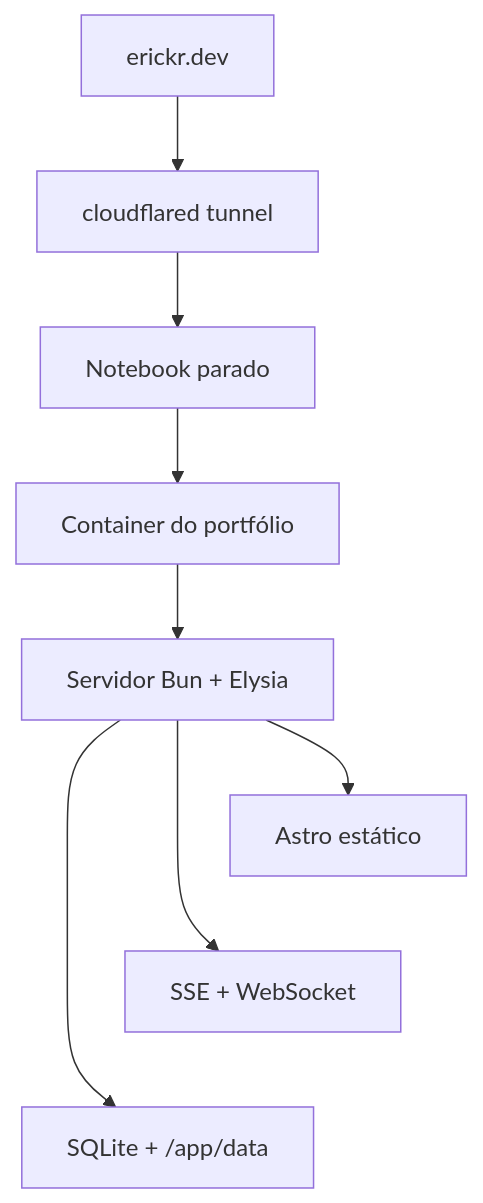
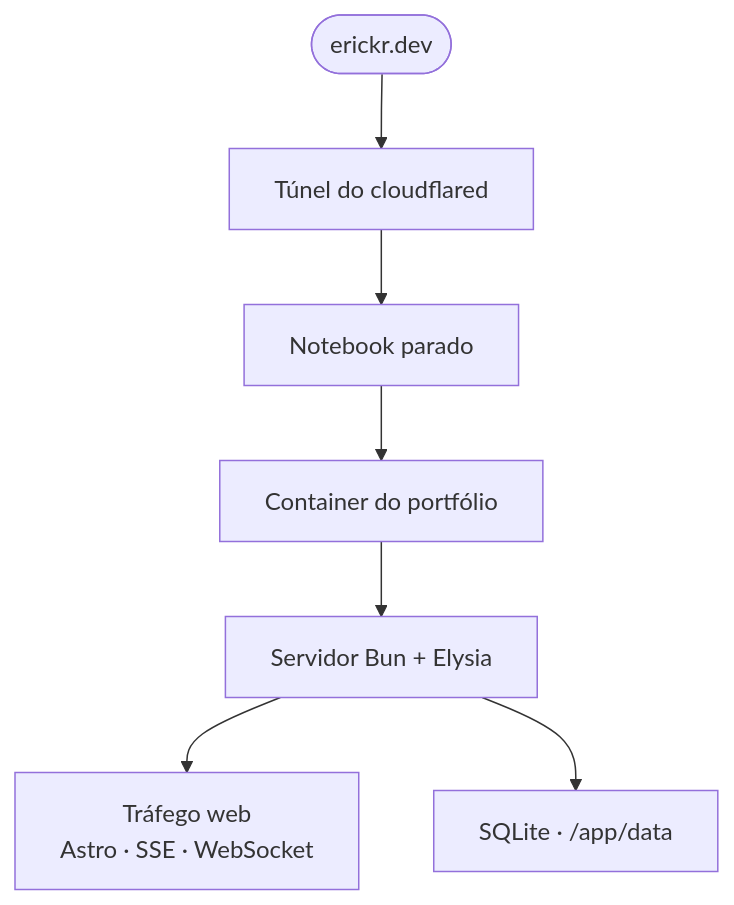
Before and after one commit to ErickCReis/ErickCReis: the first of 2 diagrams in web/content/blog/rewriting-my-portfolio-for-self-hosting.pt-BR.mdx, drawn with Mermaid. The commit also changed other lines of this file and 23 other files, not shown here.

Commit message:
Polish Mermaid diagrams across blog posts

````diff
--- a/web/content/blog/rewriting-my-portfolio-for-self-hosting.pt-BR.mdx
+++ b/web/content/blog/rewriting-my-portfolio-for-self-hosting.pt-BR.mdx
@@ -33,11 +33,9 @@
-```mermaid
+```mermaid center
 flowchart TB
-  Domain["erickr.dev"] --> Tunnel["cloudflared tunnel"]
+  Domain(["erickr.dev"]) --> Tunnel["Túnel do cloudflared"]
   Tunnel --> Host["Notebook parado"]
   Host --> Container["Container do portfólio"]
   Container --> Server["Servidor Bun + Elysia"]
-  Server --> Static["Astro estático"]
-  Server --> Live["SSE + WebSocket"]
-  Server --> Data["SQLite + /app/data"]
-  Static ~~~ Live ~~~ Data
+  Server --> Web["Tráfego web<br/>Astro · SSE · WebSocket"]
+  Server --> Data["SQLite · /app/data"]
 ```
````
